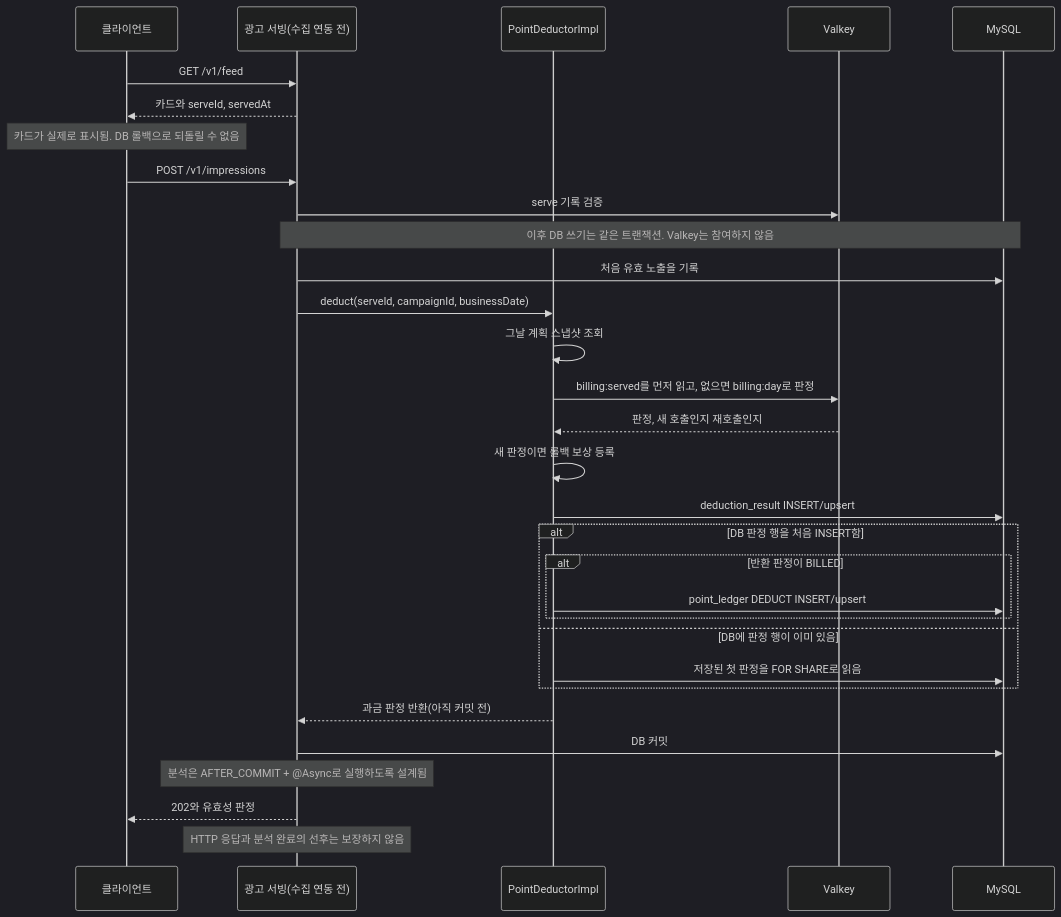
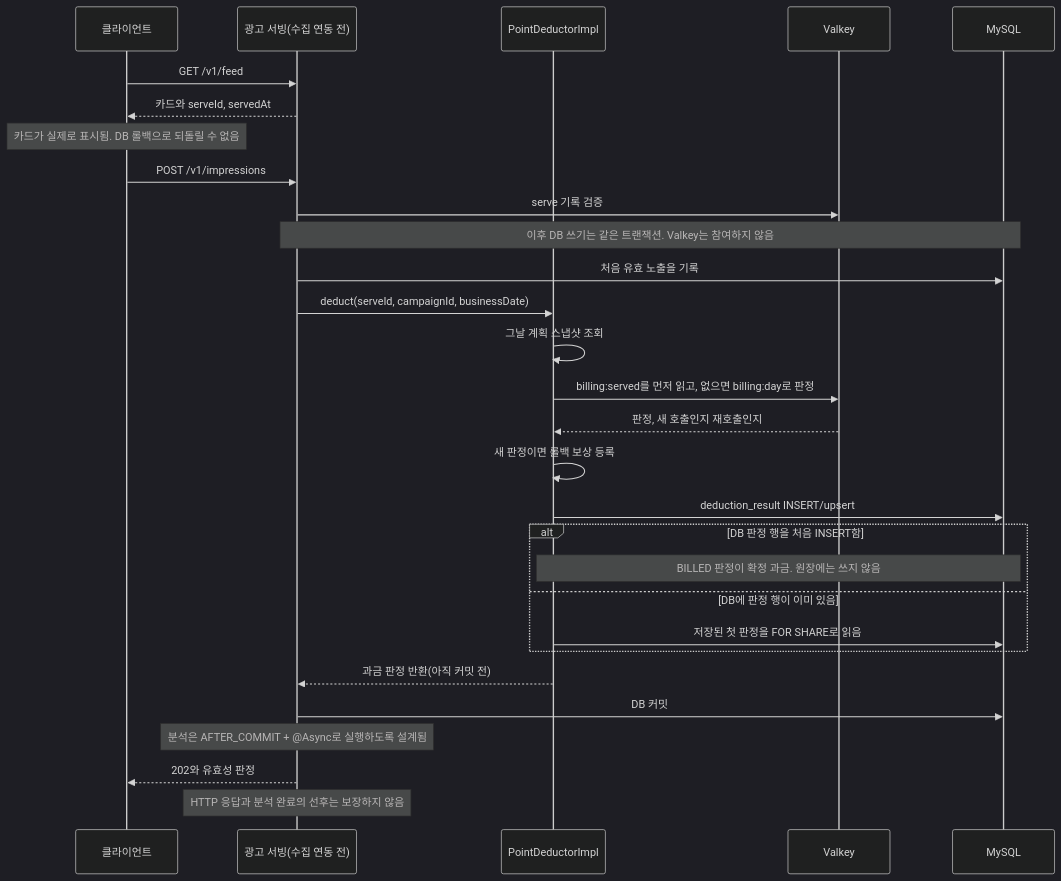
One commit to lunch-catch/lc-backend changed the third of 4 diagrams in docs/design/billing/billing_구조와_동작_설계.md. Above: the diagram before and after it, drawn with Mermaid (dark theme). The commit also changed other lines of this file and 11 other files, not shown here.

````diff
--- a/docs/design/billing/billing_구조와_동작_설계.md
+++ b/docs/design/billing/billing_구조와_동작_설계.md
@@ -350,33 +369,31 @@
 ```mermaid
 sequenceDiagram
     participant C as 클라이언트
     participant A as 광고 서빙(수집 연동 전)
     participant B as PointDeductorImpl
     participant R as Valkey
     participant D as MySQL
     C->>A: GET /v1/feed
     A-->>C: 카드와 serveId, servedAt
     Note over C: 카드가 실제로 표시됨. DB 롤백으로 되돌릴 수 없음
     C->>A: POST /v1/impressions
     A->>R: serve 기록 검증
     Note over A,D: 이후 DB 쓰기는 같은 트랜잭션. Valkey는 참여하지 않음
     A->>D: 처음 유효 노출을 기록
     A->>B: deduct(serveId, campaignId, businessDate)
     B->>B: 그날 계획 스냅샷 조회
     B->>R: billing:served를 먼저 읽고, 없으면 billing:day로 판정
     R-->>B: 판정, 새 호출인지 재호출인지
     B->>B: 새 판정이면 롤백 보상 등록
     B->>D: deduction_result INSERT/upsert
     alt DB 판정 행을 처음 INSERT함
-        alt 반환 판정이 BILLED
-            B->>D: point_ledger DEDUCT INSERT/upsert
-        end
+        Note over B,D: BILLED 판정이 확정 과금. 원장에는 쓰지 않음
     else DB에 판정 행이 이미 있음
         B->>D: 저장된 첫 판정을 FOR SHARE로 읽음
     end
     B-->>A: 과금 판정 반환(아직 커밋 전)
     A->>D: DB 커밋
     Note over A: 분석은 AFTER_COMMIT + @Async로 실행하도록 설계됨
     A-->>C: 202와 유효성 판정
     Note over A: HTTP 응답과 분석 완료의 선후는 보장하지 않음
 ```
````
